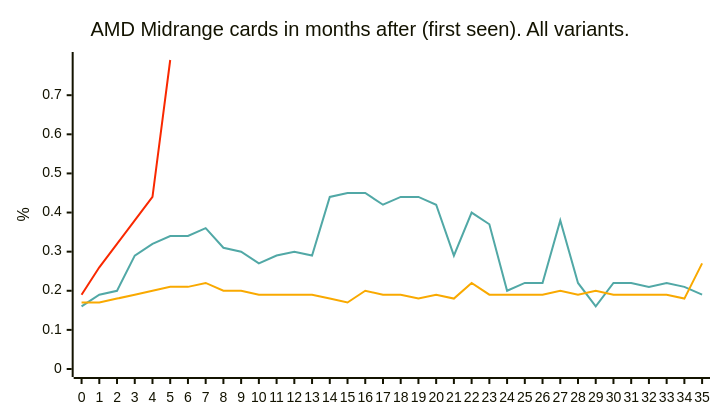
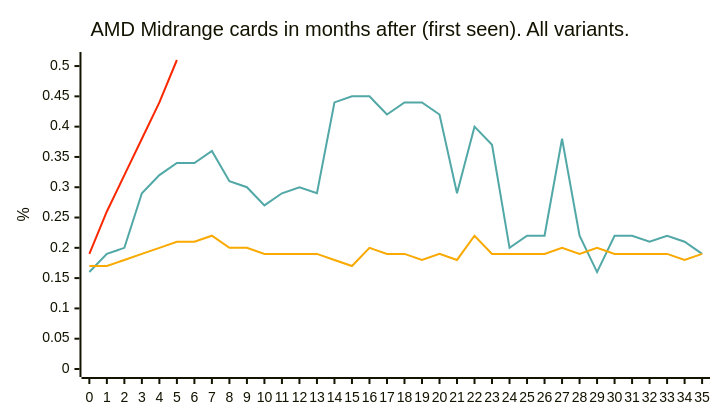
The ninth of 29 diagrams in README.md (jdegene/steamHWsurvey), drawn with Mermaid before and after one commit. The commit also changed other lines of this file and 2 other files, not shown here.

````diff
--- a/README.md
+++ b/README.md
@@ -295,23 +295,23 @@
 ```mermaid
 ---
 config:
     xyChart:
         width: 700
         height: 400
         
     themeVariables:
         xyChart:
             plotColorPalette: "#51a8a6,#f9a900,#f92800,#d92080,#8a52a6"
 
 --- 
 
 
 xychart-beta
     title "AMD Midrange cards in months after (first seen). All variants."
     x-axis[0, 1, 2, 3, 4, 5, 6, 7, 8, 9, 10, 11, 12, 13, 14, 15, 16, 17, 18, 19, 20, 21, 22, 23, 24, 25, 26, 27, 28, 29, 30, 31, 32, 33, 34, 35]
     y-axis "%" 
     line [0.16, 0.19, 0.2, 0.29, 0.32, 0.33999999999999997, 0.33999999999999997, 0.36, 0.31, 0.3, 0.27, 0.29, 0.3, 0.29, 0.44, 0.45000000000000007, 0.45000000000000007, 0.42, 0.43999999999999995, 0.44, 0.42, 0.29, 0.4, 0.37, 0.2, 0.22, 0.22, 0.38000000000000006, 0.22, 0.16, 0.22, 0.22, 0.21, 0.22, 0.21, 0.19]
-    line [0.16999999999999998, 0.16999999999999998, 0.18, 0.19, 0.2, 0.21, 0.21, 0.22, 0.2, 0.2, 0.19, 0.19, 0.19, 0.19, 0.18, 0.16999999999999998, 0.2, 0.19, 0.19, 0.18, 0.19, 0.18, 0.22, 0.19, 0.19, 0.19, 0.19, 0.2, 0.19, 0.2, 0.19, 0.19, 0.19, 0.19, 0.18, 0.27]
-    line [0.19, 0.26, 0.32, 0.38, 0.44, 0.79]
+    line [0.16999999999999998, 0.16999999999999998, 0.18, 0.19, 0.2, 0.21, 0.21, 0.22, 0.2, 0.2, 0.19, 0.19, 0.19, 0.19, 0.18, 0.16999999999999998, 0.2, 0.19, 0.19, 0.18, 0.19, 0.18, 0.22, 0.19, 0.19, 0.19, 0.19, 0.2, 0.19, 0.2, 0.19, 0.19, 0.19, 0.19, 0.18, 0.19]
+    line [0.19, 0.26, 0.32, 0.38, 0.44, 0.51]
     line [0]
 ``` 
````
